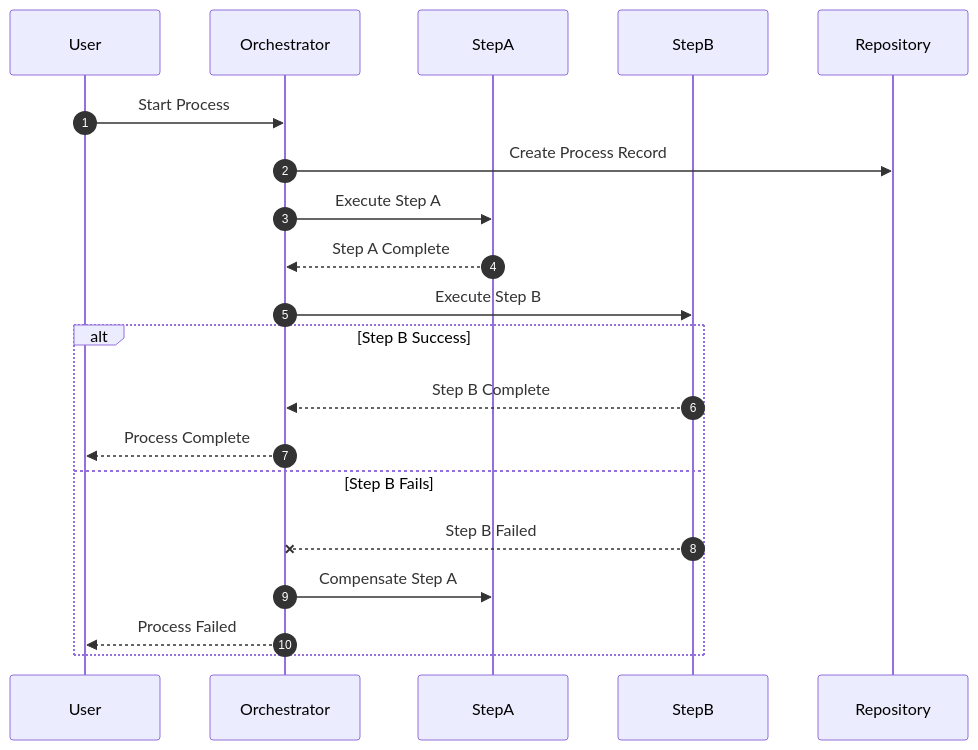
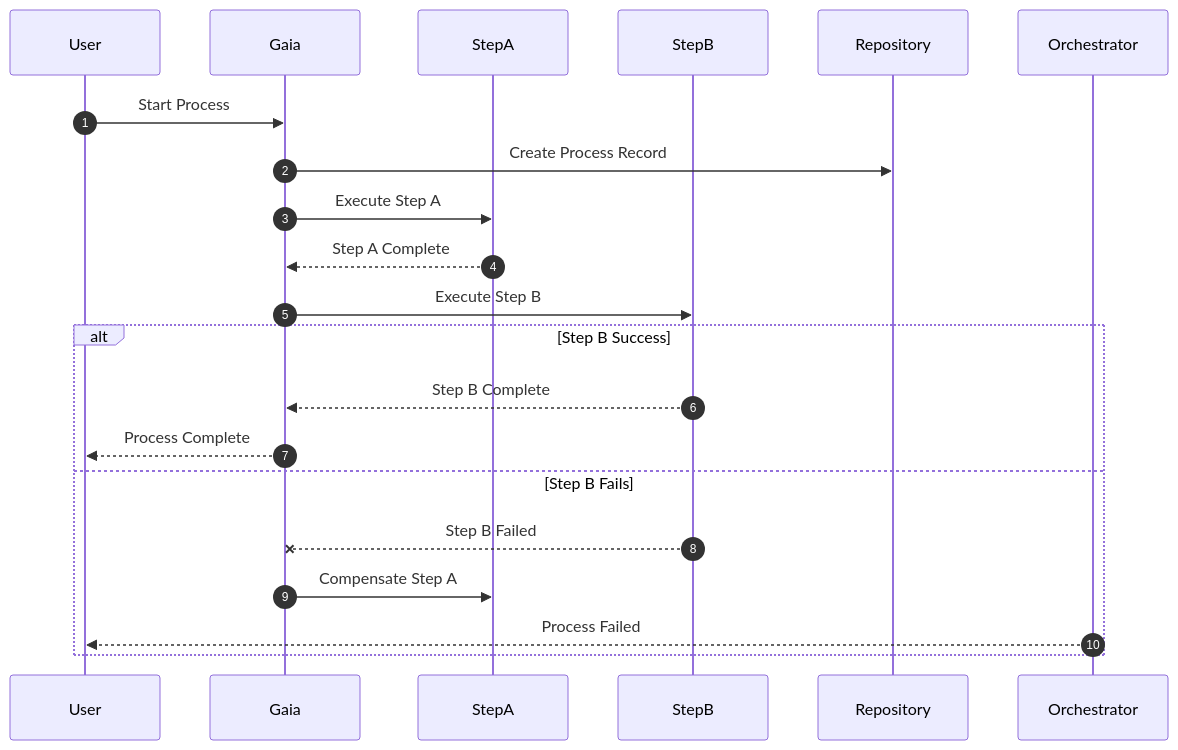
One commit to frostaura/ai.toolkit.gaia changed the fifth of 5 diagrams in .gaia/designs/3-sequence.md. Above: the diagram before and after it, drawn with Mermaid. The commit also changed other lines of this file and 27 other files, not shown here.

````diff
--- a/.gaia/designs/3-sequence.md
+++ b/.gaia/designs/3-sequence.md
@@ -119,25 +119,25 @@
 ```mermaid
 sequenceDiagram
     autonumber
     participant User
-    participant Orchestrator
+    participant Gaia
     participant StepA
     participant StepB
     participant Repository
 
-    User->>Orchestrator: Start Process
-    Orchestrator->>Repository: Create Process Record
-    Orchestrator->>StepA: Execute Step A
-    StepA-->>Orchestrator: Step A Complete
-    
-    Orchestrator->>StepB: Execute Step B
-    
+    User->>Gaia: Start Process
+    Gaia->>Repository: Create Process Record
+    Gaia->>StepA: Execute Step A
+    StepA-->>Gaia: Step A Complete
+
+    Gaia->>StepB: Execute Step B
+
     alt Step B Success
-        StepB-->>Orchestrator: Step B Complete
-        Orchestrator-->>User: Process Complete
+        StepB-->>Gaia: Step B Complete
+        Gaia-->>User: Process Complete
     else Step B Fails
-        StepB--xOrchestrator: Step B Failed
-        Orchestrator->>StepA: Compensate Step A
+        StepB--xGaia: Step B Failed
+        Gaia->>StepA: Compensate Step A
         Orchestrator-->>User: Process Failed
     end
 ```
````
